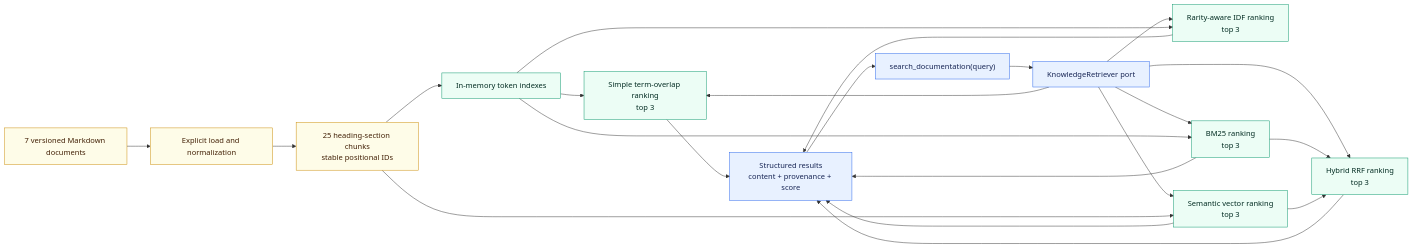
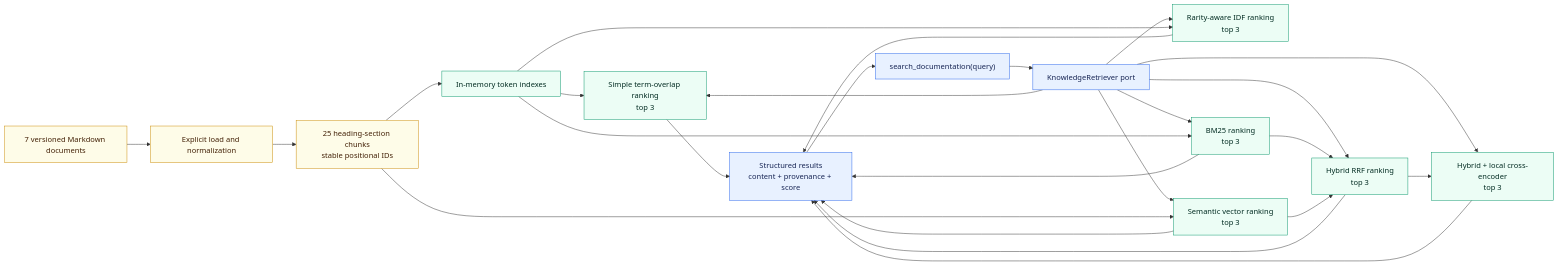
One commit to aboerzel/industrial-ai-agent changed the second of 11 diagrams in docs/architecture/overview.md. Above: the diagram before and after it, drawn with Mermaid. The commit also changed other lines of this file and 14 other files, not shown here.

Commit message:
feat: add local cross-encoder reranking

````diff
--- a/docs/architecture/overview.md
+++ b/docs/architecture/overview.md
@@ -102,31 +107,34 @@
 ```mermaid
 flowchart LR
     Docs["7 versioned Markdown documents"] --> Load["Explicit load and normalization"]
     Load --> Chunk["25 heading-section chunks<br/>stable positional IDs"]
     Chunk --> Index["In-memory token indexes"]
     Query["search_documentation(query)"] --> Port["KnowledgeRetriever port"]
     Port --> Simple["Simple term-overlap ranking<br/>top 3"]
     Port --> IDFSearch["Rarity-aware IDF ranking<br/>top 3"]
     Port --> BM25Search["BM25 ranking<br/>top 3"]
     Port --> SemanticSearch["Semantic vector ranking<br/>top 3"]
     Port --> HybridSearch["Hybrid RRF ranking<br/>top 3"]
+    Port --> RerankedSearch["Hybrid + local cross-encoder<br/>top 3"]
     Index --> Simple
     Index --> IDFSearch
     Index --> BM25Search
     Chunk --> SemanticSearch
     BM25Search --> HybridSearch
     SemanticSearch --> HybridSearch
+    HybridSearch --> RerankedSearch
     Simple --> Results["Structured results<br/>content + provenance + score"]
     IDFSearch --> Results
     BM25Search --> Results
     SemanticSearch --> Results
     HybridSearch --> Results
+    RerankedSearch --> Results
     Results --> Query
 
     classDef data fill:#fefce8,stroke:#ca8a04,color:#422006
     classDef core fill:#e8f1ff,stroke:#2563eb,color:#172554
     classDef adapter fill:#ecfdf5,stroke:#059669,color:#022c22
     class Docs,Load,Chunk data
     class Query,Port,Results core
-    class Index,Simple,IDFSearch,BM25Search,SemanticSearch,HybridSearch adapter
+    class Index,Simple,IDFSearch,BM25Search,SemanticSearch,HybridSearch,RerankedSearch adapter
 ```
````
